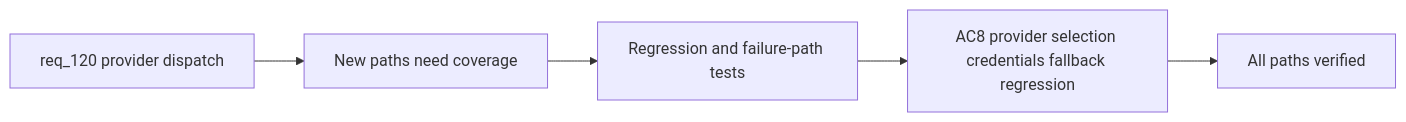
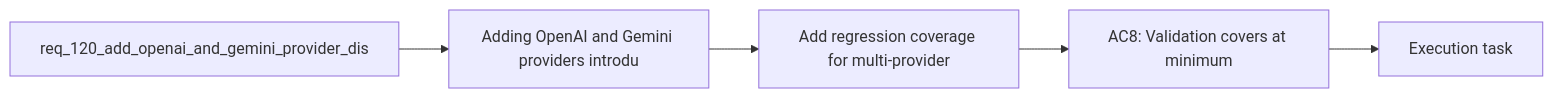
Before and after one commit to AlexAgo83/logics-manager: the diagram in logics/backlog/item_217_add_regression_coverage_for_multi_provider_hybrid_dispatch_and_bounded_fallback.md, drawn with Mermaid. The commit also changed 481 other files, not shown here.

````diff
--- a/logics/backlog/item_217_add_regression_coverage_for_multi_provider_hybrid_dispatch_and_bounded_fallback.md
+++ b/logics/backlog/item_217_add_regression_coverage_for_multi_provider_hybrid_dispatch_and_bounded_fallback.md
@@ -21,9 +21,9 @@
 ```mermaid
 %% logics-kind: backlog
 %% logics-signature: backlog|add-regression-coverage-for-multi-provid|req-120-add-openai-and-gemini-provider-d|adding-openai-and-gemini-providers-intro|ac8-validation-covers-at-minimum
 flowchart LR
-    Request[req_120 provider dispatch] --> Problem[New paths need coverage]
-    Problem --> Scope[Regression and failure-path tests]
-    Scope --> AC[AC8 provider selection credentials fallback regression]
-    AC --> Safe[All paths verified]
+    Request[req_120_add_openai_and_gemini_provider_dis] --> Problem[Adding OpenAI and Gemini providers introdu]
+    Problem --> Scope[Add regression coverage for multi-provider]
+    Scope --> Acceptance[AC8: Validation covers at minimum]
+    Acceptance --> Tasks[Execution task]
 ```
````
